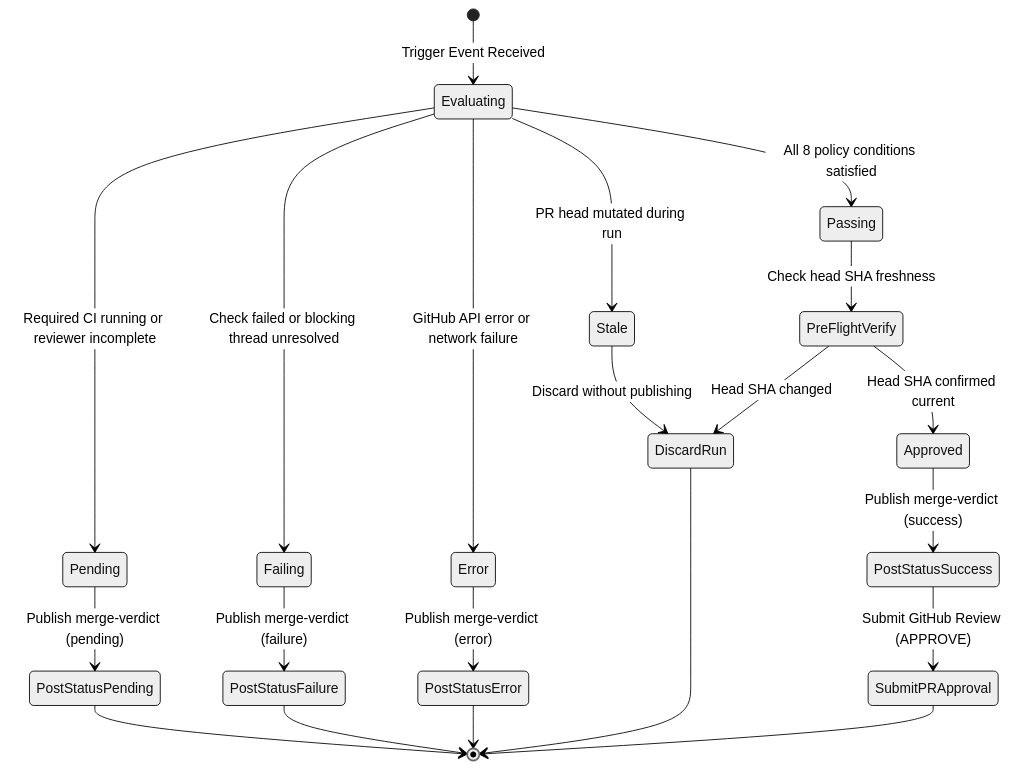
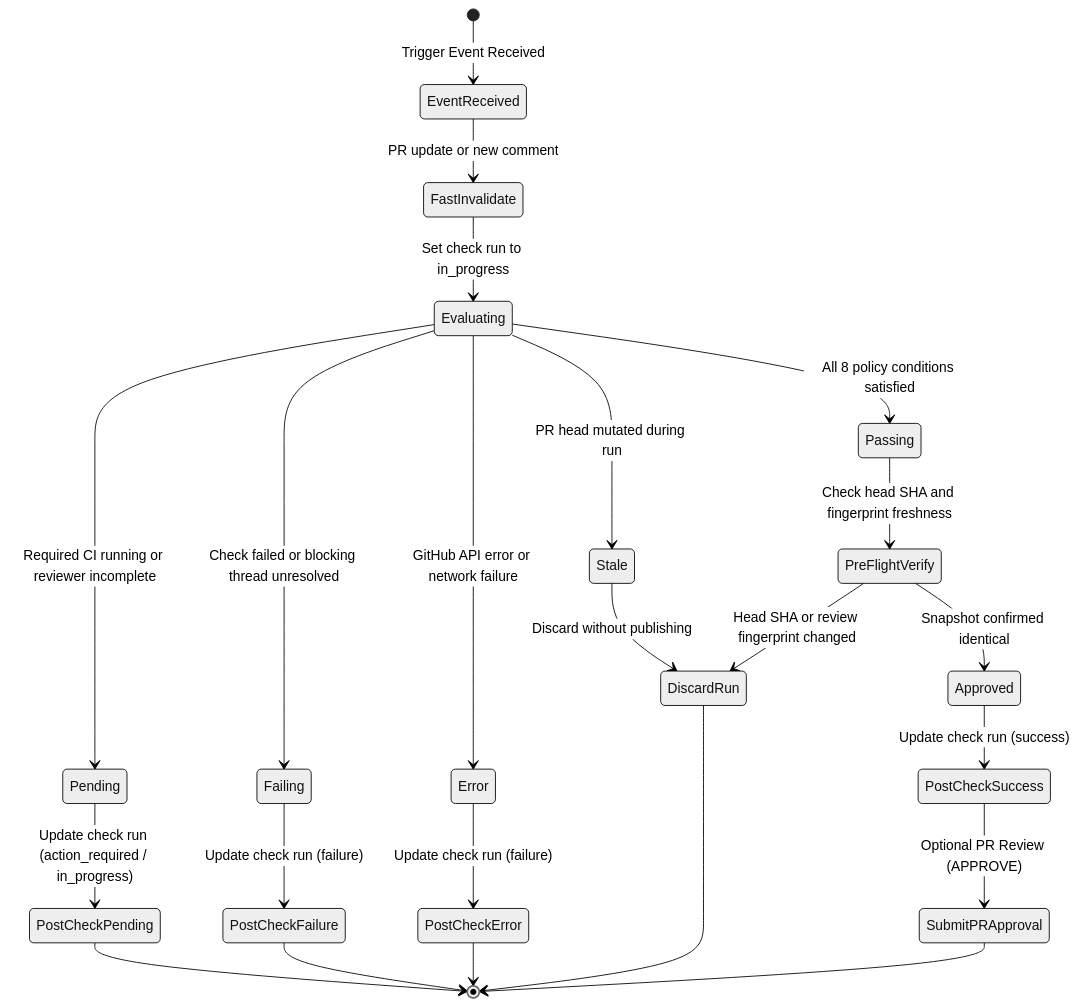
The diagram in docs/events-and-state.md (gordonpn/merge-verdict), drawn with Mermaid (neutral theme) before and after one commit. The commit also changed other lines of this file and 2 other files, not shown here.

Commit message:
docs(policy): specify status check authority, fast invalidation, and checks api evidence schema

````diff
--- a/docs/events-and-state.md
+++ b/docs/events-and-state.md
@@ -109,28 +132,30 @@
 ```mermaid
 stateDiagram-v2
-    [*] --> Evaluating: Trigger Event Received
+    [*] --> EventReceived: Trigger Event Received
+    EventReceived --> FastInvalidate: PR update or new comment
+    FastInvalidate --> Evaluating: Set check run to in_progress
 
     Evaluating --> Pending: Required CI running or reviewer incomplete
     Evaluating --> Failing: Check failed or blocking thread unresolved
     Evaluating --> Stale: PR head mutated during run
     Evaluating --> Error: GitHub API error or network failure
     Evaluating --> Passing: All 8 policy conditions satisfied
 
-    Pending --> PostStatusPending: Publish merge-verdict (pending)
-    Failing --> PostStatusFailure: Publish merge-verdict (failure)
-    Error --> PostStatusError: Publish merge-verdict (error)
+    Pending --> PostCheckPending: Update check run (action_required / in_progress)
+    Failing --> PostCheckFailure: Update check run (failure)
+    Error --> PostCheckError: Update check run (failure)
     Stale --> DiscardRun: Discard without publishing
 
-    Passing --> PreFlightVerify: Check head SHA freshness
-    PreFlightVerify --> DiscardRun: Head SHA changed
-    PreFlightVerify --> Approved: Head SHA confirmed current
+    Passing --> PreFlightVerify: Check head SHA and fingerprint freshness
+    PreFlightVerify --> DiscardRun: Head SHA or review fingerprint changed
+    PreFlightVerify --> Approved: Snapshot confirmed identical
 
-    Approved --> PostStatusSuccess: Publish merge-verdict (success)
-    PostStatusSuccess --> SubmitPRApproval: Submit GitHub Review (APPROVE)
+    Approved --> PostCheckSuccess: Update check run (success)
+    PostCheckSuccess --> SubmitPRApproval: Optional PR Review (APPROVE)
 
-    PostStatusPending --> [*]
-    PostStatusFailure --> [*]
-    PostStatusError --> [*]
+    PostCheckPending --> [*]
+    PostCheckFailure --> [*]
+    PostCheckError --> [*]
     DiscardRun --> [*]
     SubmitPRApproval --> [*]
 ```
````
